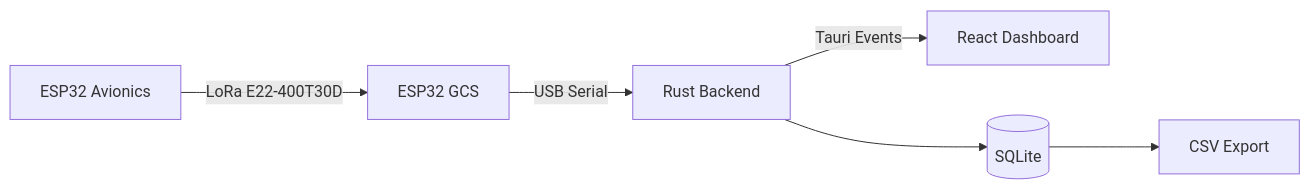
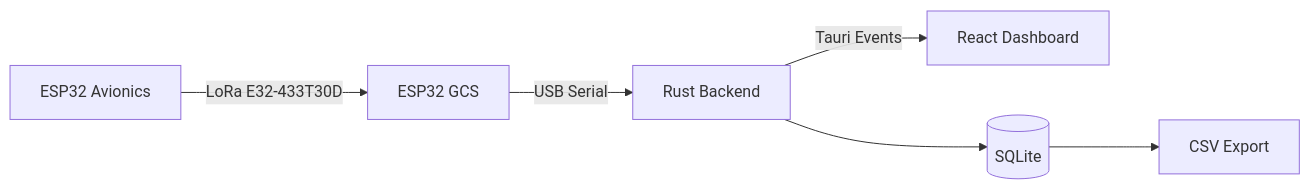
One commit to Raharinda/avionics-gcs changed the first of 2 diagrams in README.md. Above: the diagram before and after it, drawn with Mermaid. The commit also changed other lines of this file and 82 other files, not shown here.

````diff
--- a/README.md
+++ b/README.md
@@ -24,8 +24,8 @@
 ```mermaid
 flowchart LR
-  A[ESP32 Avionics] -->|LoRa E22-400T30D| B[ESP32 GCS]
+  A[ESP32 Avionics] -->|LoRa E32-433T30D| B[ESP32 GCS]
   B -->|USB Serial| C[Rust Backend]
   C -->|Tauri Events| D[React Dashboard]
   C --> E[(SQLite)]
   E --> F[CSV Export]
 ```
````
